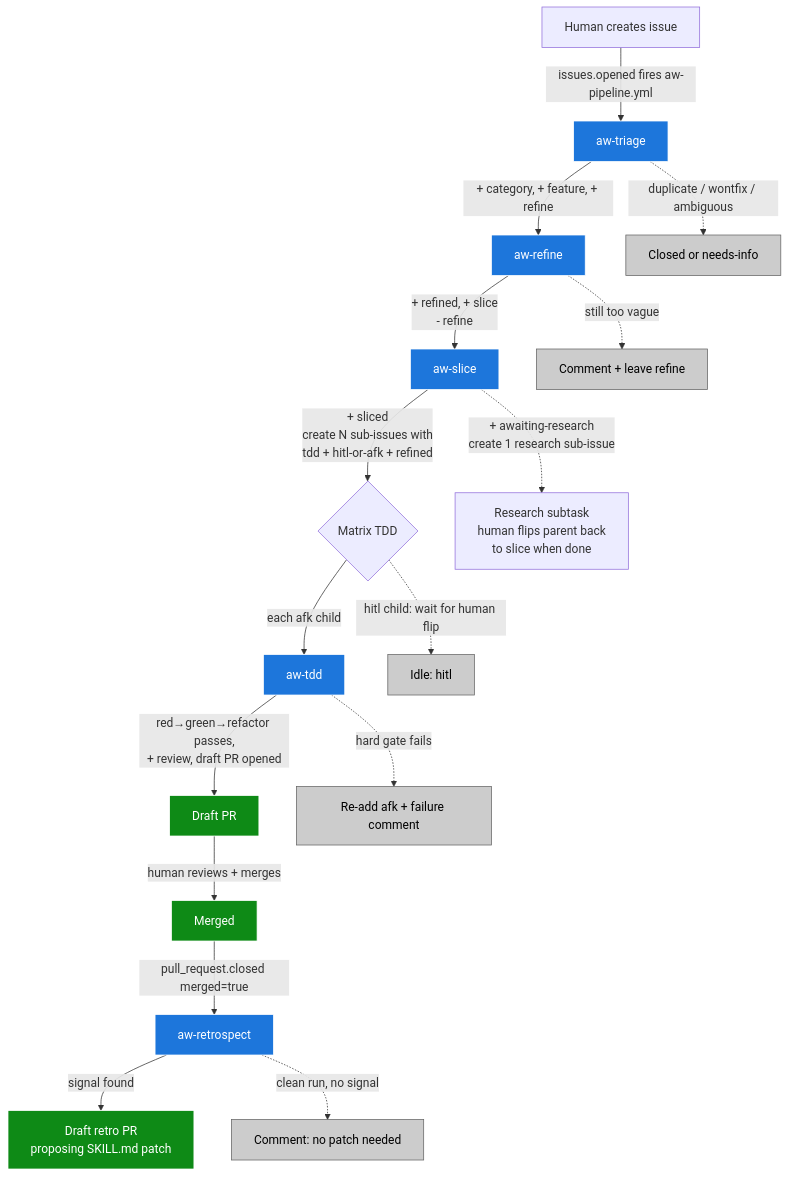
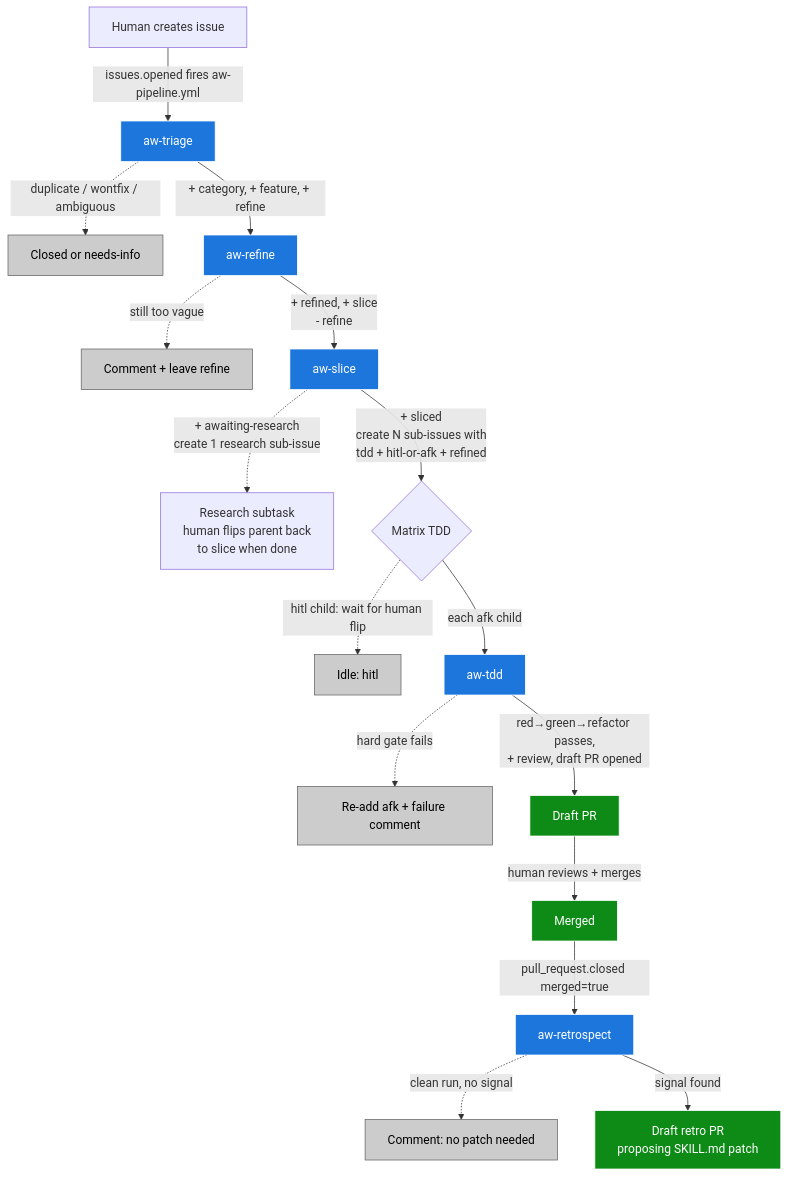
One commit to PeterBlenessy/notesage changed the diagram in docs/agentic-workflow.md. Above: the diagram before and after it, drawn with Mermaid. The commit also changed other lines of this file, not shown here.

First line of the commit message:
docs(agentic-workflow): reorder Mermaid branches before main edges

````diff
--- a/docs/agentic-workflow.md
+++ b/docs/agentic-workflow.md
@@ -36,25 +36,25 @@
 ```mermaid
 flowchart TD
   A[Human creates issue] -->|issues.opened fires aw-pipeline.yml| B[aw-triage]
+  B -.->|duplicate / wontfix / ambiguous| Z[Closed or needs-info]
   B -->|+ category, + feature, + refine| C[aw-refine]
-  B -.->|duplicate / wontfix / ambiguous| Z[Closed or needs-info]
+  C -.->|still too vague| W[Comment + leave refine]
   C -->|+ refined, + slice<br/>- refine| D[aw-slice]
-  C -.->|still too vague| W[Comment + leave refine]
+  D -.->|+ awaiting-research<br/>create 1 research sub-issue| R[Research subtask<br/>human flips parent back<br/>to slice when done]
   D -->|+ sliced<br/>create N sub-issues with<br/>tdd + hitl-or-afk + refined| E{Matrix TDD}
-  D -.->|+ awaiting-research<br/>create 1 research sub-issue| R[Research subtask<br/>human flips parent back<br/>to slice when done]
+  E -.->|hitl child: wait for human flip| H[Idle: hitl]
   E -->|each afk child| F[aw-tdd]
-  E -.->|hitl child: wait for human flip| H[Idle: hitl]
+  F -.->|hard gate fails| FAIL[Re-add afk + failure comment]
   F -->|red→green→refactor passes,<br/>+ review, draft PR opened| G[Draft PR]
-  F -.->|hard gate fails| FAIL[Re-add afk + failure comment]
   G -->|human reviews + merges| M[Merged]
   M -->|pull_request.closed merged=true| N[aw-retrospect]
+  N -.->|clean run, no signal| P[Comment: no patch needed]
   N -->|signal found| O[Draft retro PR<br/>proposing SKILL.md patch]
-  N -.->|clean run, no signal| P[Comment: no patch needed]
 
   classDef skill fill:#1d76db,stroke:#fff,color:#fff
   classDef terminal fill:#0e8a16,stroke:#fff,color:#fff
   classDef stop fill:#cccccc,stroke:#666,color:#000
   class B,C,D,F,N skill
   class G,M,O terminal
   class Z,W,H,FAIL,P stop
 ```
````
